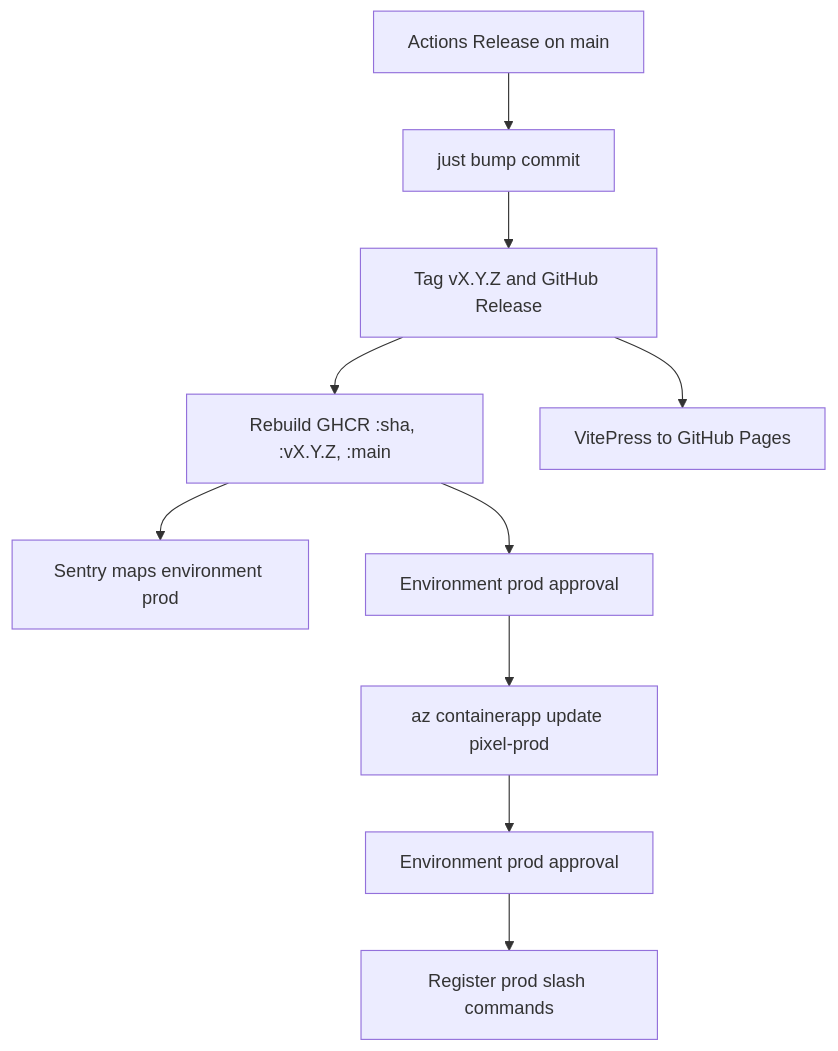
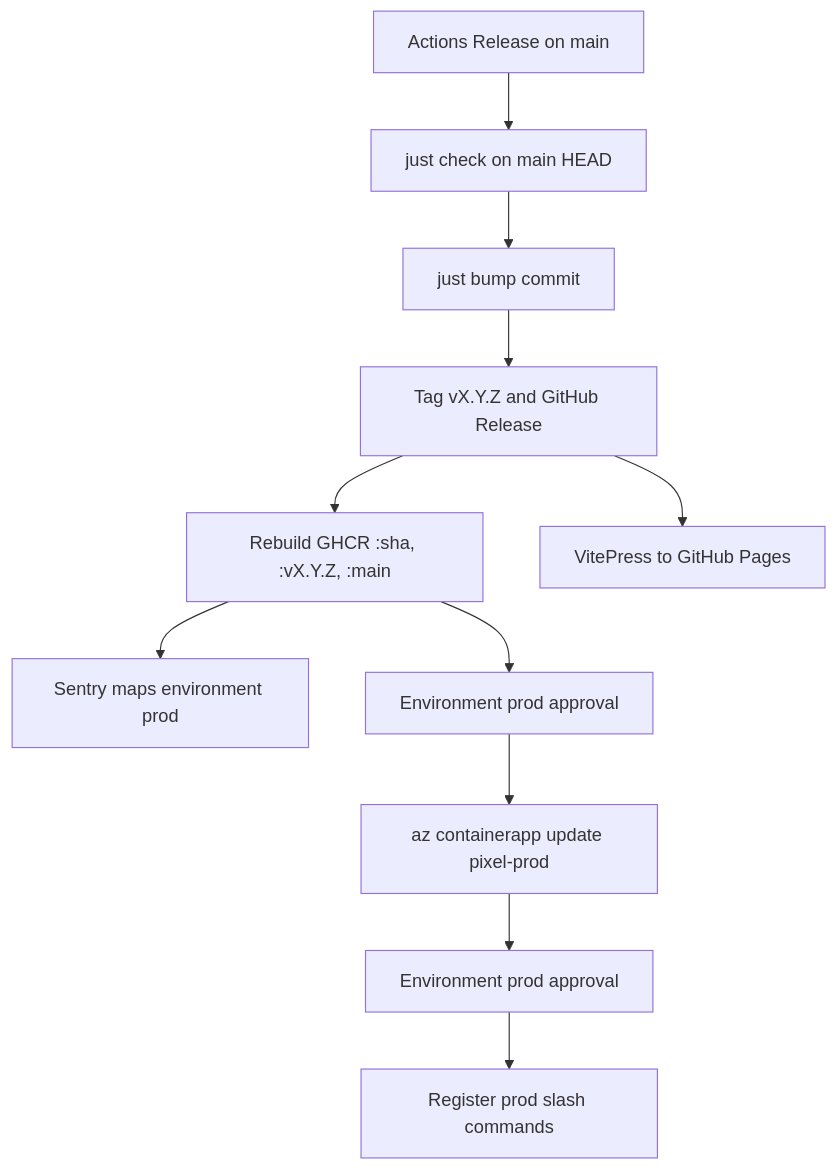
The third of 3 diagrams in docs/runbook.md (pixelbar/pixel), drawn with Mermaid before and after one commit. The commit also changed other lines of this file and 4 other files, not shown here.

Commit message:
Stop CD losing images and gate Release on just check (#137)

````diff
--- a/docs/runbook.md
+++ b/docs/runbook.md
@@ -495,13 +496,14 @@
 ```mermaid
 flowchart TD
   human[Actions Release on main]
-  human --> bump[just bump commit]
+  human --> check[just check on main HEAD]
+  check --> bump[just bump commit]
   bump --> tag[Tag vX.Y.Z and GitHub Release]
   tag --> img["Rebuild GHCR :sha, :vX.Y.Z, :main"]
   img --> sentry[Sentry maps environment prod]
   img --> approve[Environment prod approval]
   approve --> roll[az containerapp update pixel-prod]
   roll --> approve2[Environment prod approval]
   approve2 --> register[Register prod slash commands]
   tag --> pages[VitePress to GitHub Pages]
 ```
````
